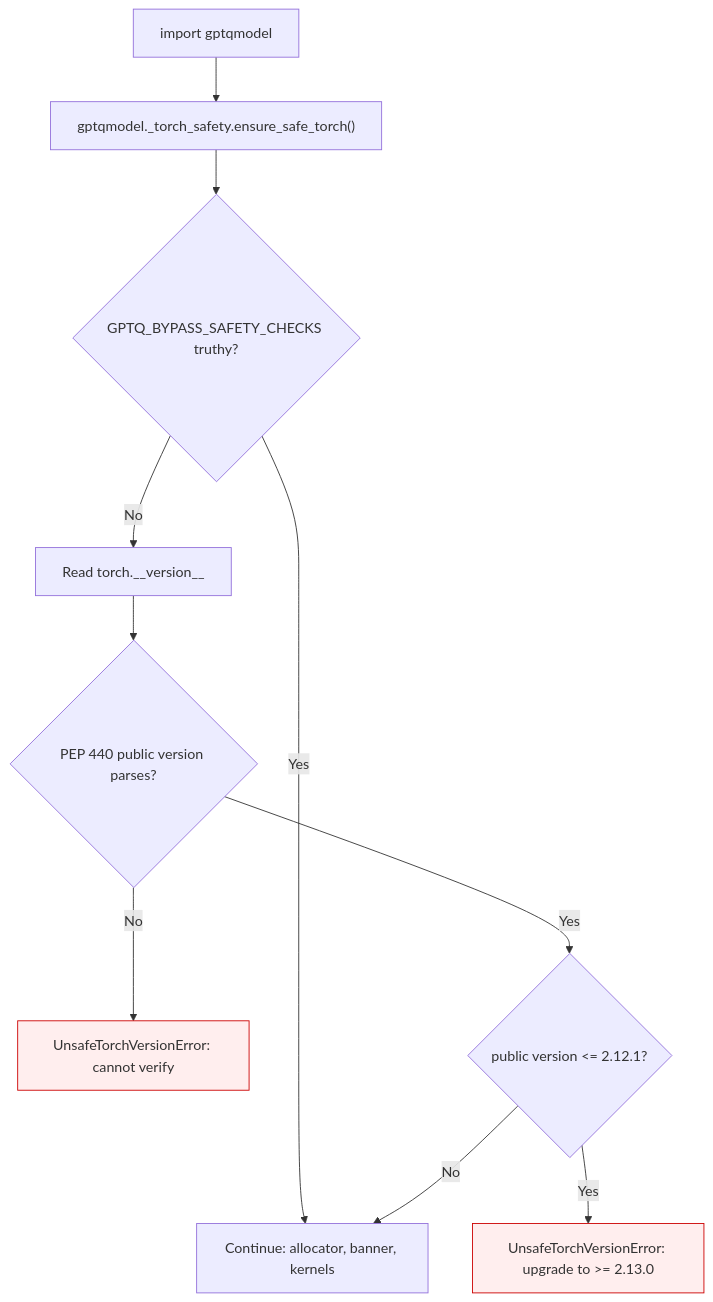
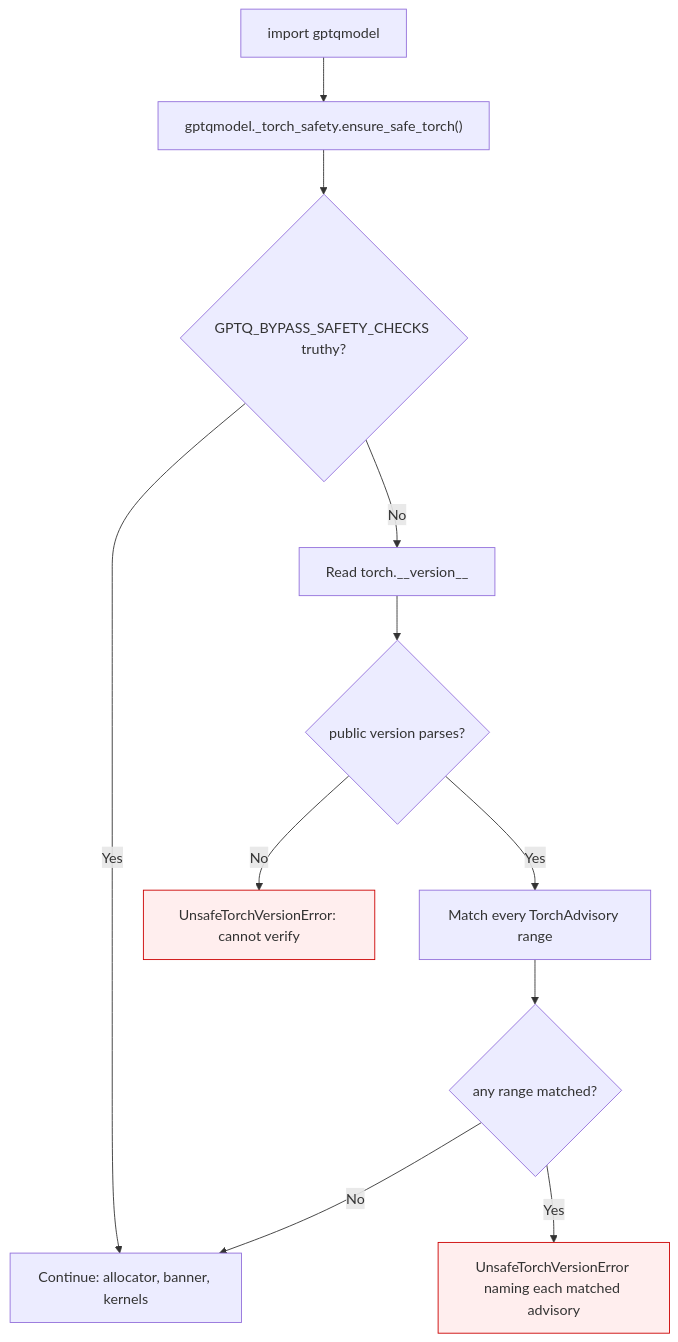
The diagram in docs/torch-runtime-safety-gate.md (ModelCloud/GPTQModel), drawn with Mermaid before and after one commit. The commit also changed other lines of this file and 8 other files, not shown here.

````diff
--- a/docs/torch-runtime-safety-gate.md
+++ b/docs/torch-runtime-safety-gate.md
@@ -28,14 +42,15 @@
 ```mermaid
 flowchart TD
     A["import gptqmodel"] --> B["gptqmodel._torch_safety.ensure_safe_torch()"]
     B --> C{"GPTQ_BYPASS_SAFETY_CHECKS truthy?"}
     C -- Yes --> P["Continue: allocator, banner, kernels"]
     C -- No --> D["Read torch.__version__"]
-    D --> E{"PEP 440 public version parses?"}
+    D --> E{"public version parses?"}
     E -- No --> R1["UnsafeTorchVersionError: cannot verify"]
-    E -- Yes --> F{"public version <= 2.12.1?"}
-    F -- Yes --> R2["UnsafeTorchVersionError: upgrade to >= 2.13.0"]
-    F -- No --> P
+    E -- Yes --> F["Match every TorchAdvisory range"]
+    F --> G{"any range matched?"}
+    G -- No --> P
+    G -- Yes --> R2["UnsafeTorchVersionError naming each matched advisory"]
     style R1 fill:#fee,stroke:#c00
     style R2 fill:#fee,stroke:#c00
 ```
````
